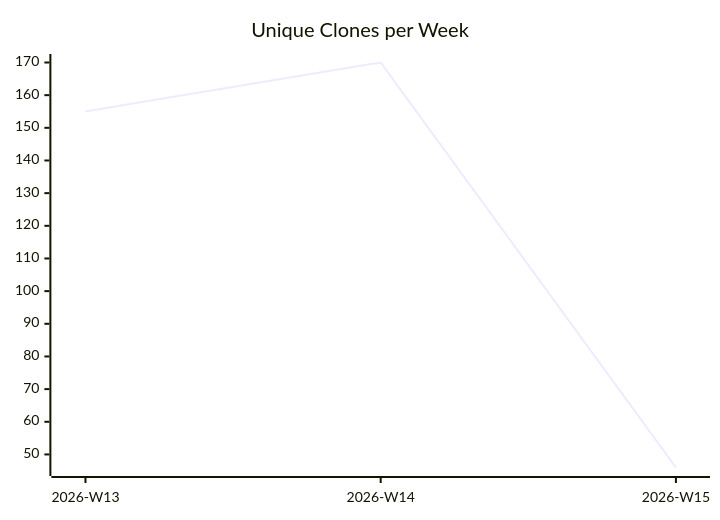
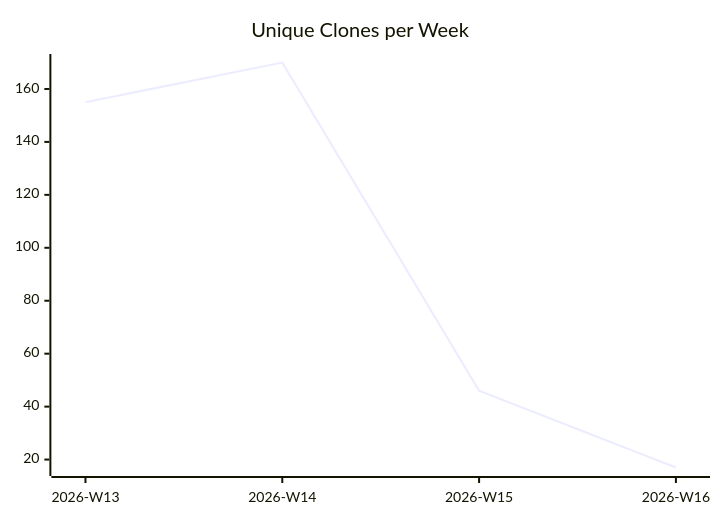
The third of 3 diagrams in karlmdavis/justdavis-finances/README.md (justdavis-family/github-analytics-data), drawn with Mermaid before and after one commit. The commit also changed other lines of this file and 176 other files, not shown here.

````diff
--- a/karlmdavis/justdavis-finances/README.md
+++ b/karlmdavis/justdavis-finances/README.md
@@ -19,6 +19,6 @@
 ```mermaid
 xychart-beta
   title "Unique Clones per Week"
-  x-axis ["2026-W13", "2026-W14", "2026-W15"]
-  line [155, 170, 46]
+  x-axis ["2026-W13", "2026-W14", "2026-W15", "2026-W16"]
+  line [155, 170, 46, 17]
 ```
````
